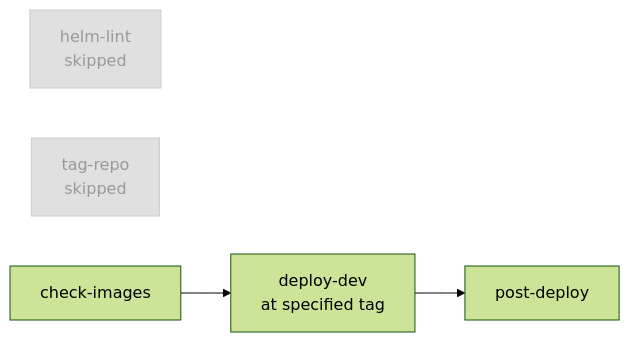
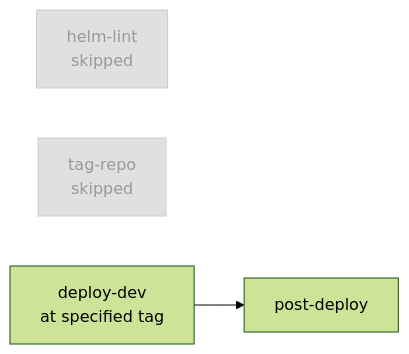
Before and after one commit to entur/otp2int-deployment-config: the fifth of 5 diagrams in README.md, drawn with Mermaid (forest theme). The commit also changed other lines of this file and 21 other files, not shown here.

First line of the commit message:
feat: split graph builder into a separate Helm release

````diff
--- a/README.md
+++ b/README.md
@@ -170,13 +209,12 @@
 ```mermaid
 flowchart LR
     SKIP1[helm-lint\nskipped]:::skipped
     SKIP2[tag-repo\nskipped]:::skipped
-    CHK[check-images]
     DEP[deploy-dev\nat specified tag]
     POST[post-deploy]
 
     SKIP1 & SKIP2
-    CHK --> DEP --> POST
+    DEP --> POST
 
     classDef skipped fill:#e0e0e0,color:#999,stroke:#ccc
 ```
````
